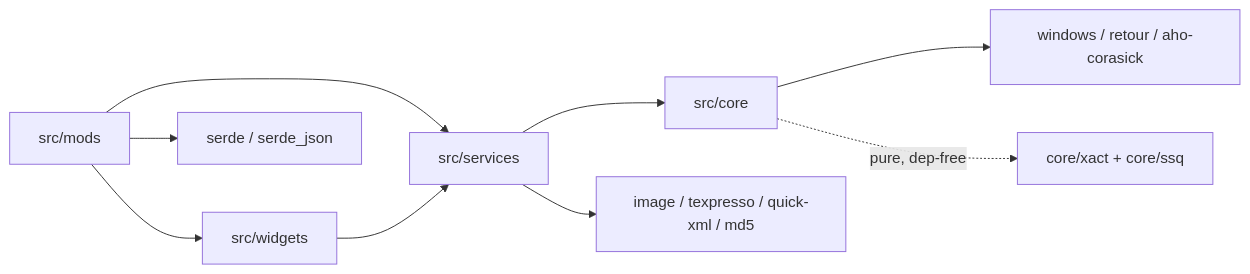
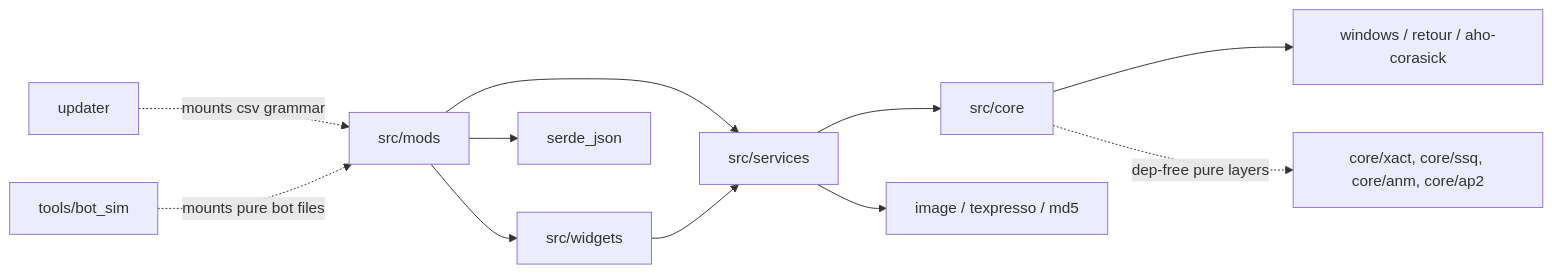
Before and after one commit to skogaby/ddr-world-universal-modpack: the diagram in .agents/summary/dependencies.md, drawn with Mermaid. The commit also changed other lines of this file and 46 other files, not shown here.

````diff
--- a/.agents/summary/dependencies.md
+++ b/.agents/summary/dependencies.md
@@ -57,9 +63,11 @@
 ```mermaid
 graph LR
     MODS[src/mods] --> SVC[src/services] --> CORE[src/core]
     MODS --> WID[src/widgets] --> SVC
     CORE --> W[windows / retour / aho-corasick]
-    SVC --> IMG[image / texpresso / quick-xml / md5]
-    MODS --> SERDE[serde / serde_json]
-    CORE -.pure, dep-free.-> XACT[core/xact + core/ssq]
+    SVC --> IMG[image / texpresso / md5]
+    MODS --> SERDE[serde_json]
+    CORE -.dep-free pure layers.-> PURE[core/xact, core/ssq, core/anm, core/ap2]
+    UPD[updater] -.mounts csv grammar.-> MODS
+    SIM[tools/bot_sim] -.mounts pure bot files.-> MODS
 ```
````
